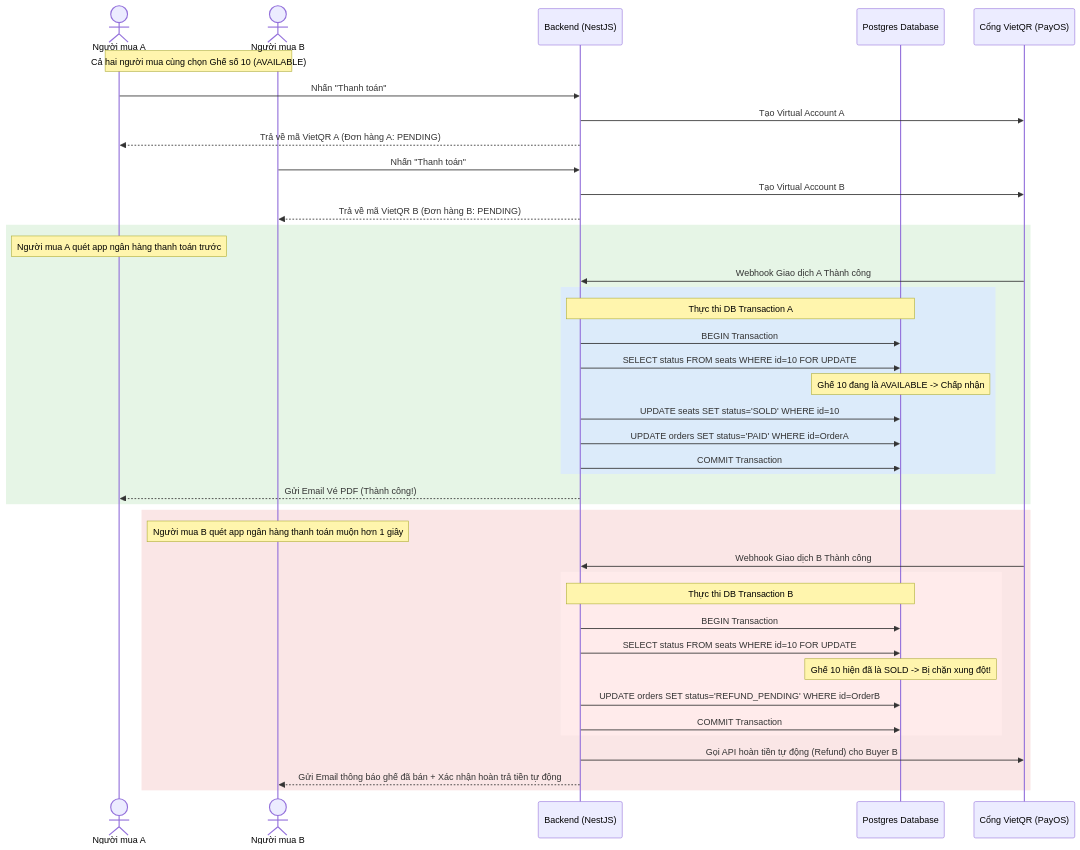
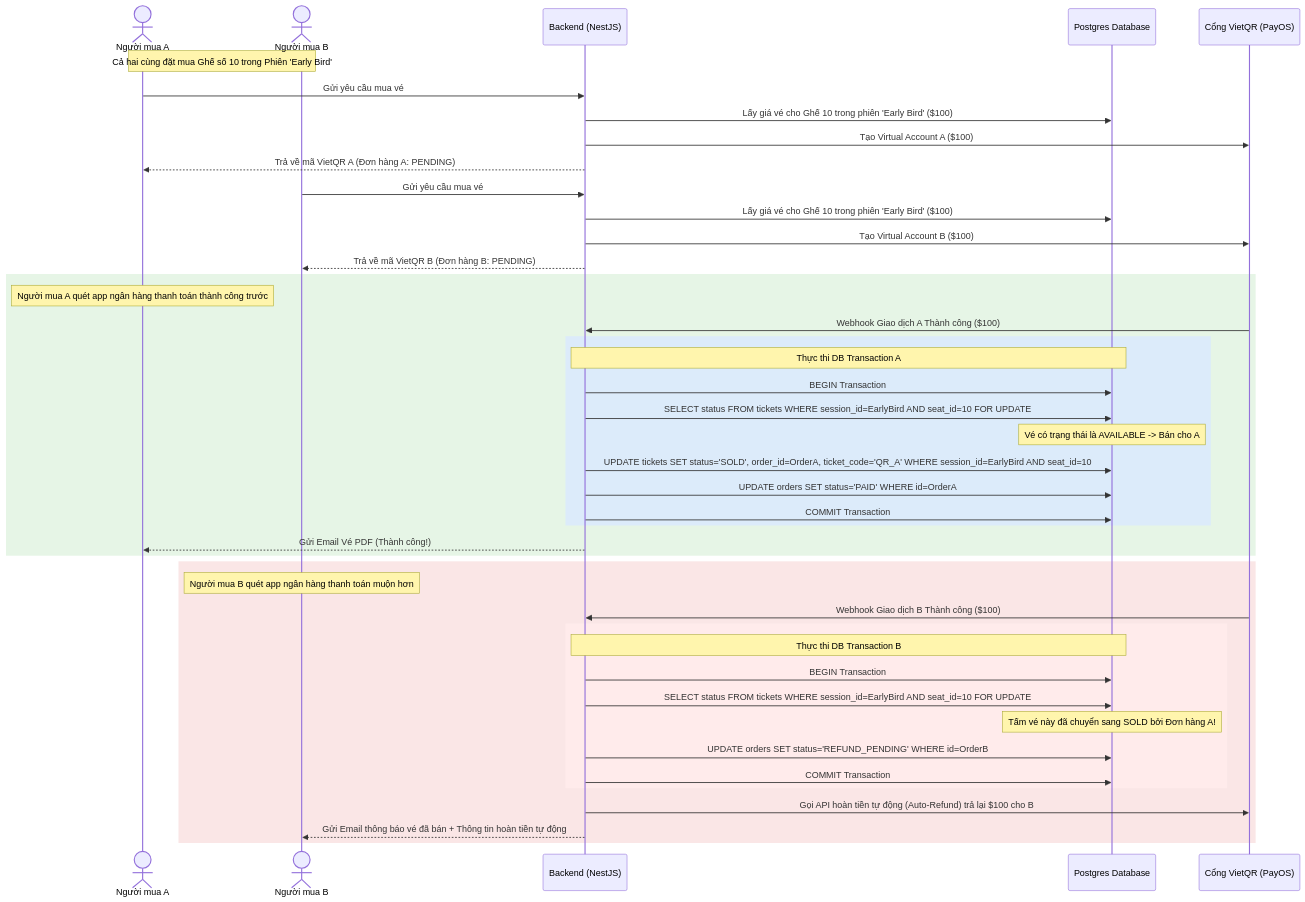
Before and after one commit to LiemLiemLiem12/booket: the second of 2 diagrams in documents/srs.md, drawn with Mermaid. The commit also changed other lines of this file, not shown here.

Commit message:
Update SRS document to reflect new architecture and ticketing system changes

````diff
--- a/documents/srs.md
+++ b/documents/srs.md
@@ -284,49 +347,51 @@
 ```mermaid
 sequenceDiagram
     actor BuyerA as Người mua A
     actor BuyerB as Người mua B
     participant NestJS as Backend (NestJS)
     participant DB as Postgres Database
     participant PayOS as Cổng VietQR (PayOS)
 
-    Note over BuyerA, BuyerB: Cả hai người mua cùng chọn Ghế số 10 (AVAILABLE)
-    BuyerA->>NestJS: Nhấn "Thanh toán"
-    NestJS->>PayOS: Tạo Virtual Account A
+    Note over BuyerA, BuyerB: Cả hai cùng đặt mua Ghế số 10 trong Phiên 'Early Bird'
+    BuyerA->>NestJS: Gửi yêu cầu mua vé
+    NestJS->>DB: Lấy giá vé cho Ghế 10 trong phiên 'Early Bird' ($100)
+    NestJS->>PayOS: Tạo Virtual Account A ($100)
     NestJS-->>BuyerA: Trả về mã VietQR A (Đơn hàng A: PENDING)
     
-    BuyerB->>NestJS: Nhấn "Thanh toán"
-    NestJS->>PayOS: Tạo Virtual Account B
+    BuyerB->>NestJS: Gửi yêu cầu mua vé
+    NestJS->>DB: Lấy giá vé cho Ghế 10 trong phiên 'Early Bird' ($100)
+    NestJS->>PayOS: Tạo Virtual Account B ($100)
     NestJS-->>BuyerB: Trả về mã VietQR B (Đơn hàng B: PENDING)
 
     rect rgb(230, 245, 230)
-        Note over BuyerA: Người mua A quét app ngân hàng thanh toán trước
-        PayOS->>NestJS: Webhook Giao dịch A Thành công
+        Note over BuyerA: Người mua A quét app ngân hàng thanh toán thành công trước
+        PayOS->>NestJS: Webhook Giao dịch A Thành công ($100)
         
         rect rgb(220, 235, 250)
             Note over NestJS, DB: Thực thi DB Transaction A
             NestJS->>DB: BEGIN Transaction
-            NestJS->>DB: SELECT status FROM seats WHERE id=10 FOR UPDATE
-            Note over DB: Ghế 10 đang là AVAILABLE -> Chấp nhận
-            NestJS->>DB: UPDATE seats SET status='SOLD' WHERE id=10
+            NestJS->>DB: SELECT status FROM tickets WHERE session_id=EarlyBird AND seat_id=10 FOR UPDATE
+            Note over DB: Vé có trạng thái là AVAILABLE -> Bán cho A
+            NestJS->>DB: UPDATE tickets SET status='SOLD', order_id=OrderA, ticket_code='QR_A' WHERE session_id=EarlyBird AND seat_id=10
             NestJS->>DB: UPDATE orders SET status='PAID' WHERE id=OrderA
             NestJS->>DB: COMMIT Transaction
         end
         NestJS-->>BuyerA: Gửi Email Vé PDF (Thành công!)
     end
 
     rect rgb(250, 230, 230)
-        Note over BuyerB: Người mua B quét app ngân hàng thanh toán muộn hơn 1 giây
-        PayOS->>NestJS: Webhook Giao dịch B Thành công
+        Note over BuyerB: Người mua B quét app ngân hàng thanh toán muộn hơn
+        PayOS->>NestJS: Webhook Giao dịch B Thành công ($100)
         
         rect rgb(255, 235, 235)
             Note over NestJS, DB: Thực thi DB Transaction B
             NestJS->>DB: BEGIN Transaction
-            NestJS->>DB: SELECT status FROM seats WHERE id=10 FOR UPDATE
-            Note over DB: Ghế 10 hiện đã là SOLD -> Bị chặn xung đột!
+            NestJS->>DB: SELECT status FROM tickets WHERE session_id=EarlyBird AND seat_id=10 FOR UPDATE
+            Note over DB: Tấm vé này đã chuyển sang SOLD bởi Đơn hàng A!
             NestJS->>DB: UPDATE orders SET status='REFUND_PENDING' WHERE id=OrderB
             NestJS->>DB: COMMIT Transaction
         end
-        NestJS->>PayOS: Gọi API hoàn tiền tự động (Refund) cho Buyer B
-        NestJS-->>BuyerB: Gửi Email thông báo ghế đã bán + Xác nhận hoàn trả tiền tự động
+        NestJS->>PayOS: Gọi API hoàn tiền tự động (Auto-Refund) trả lại $100 cho B
+        NestJS-->>BuyerB: Gửi Email thông báo vé đã bán + Thông tin hoàn tiền tự động
     end
 ```
````
